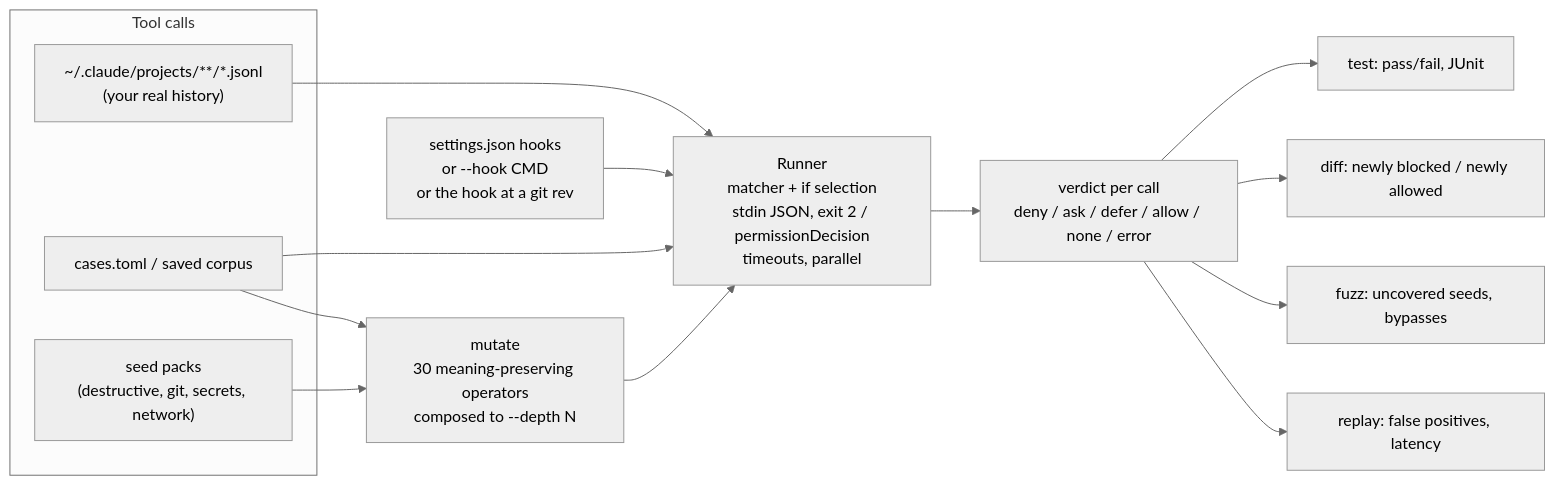
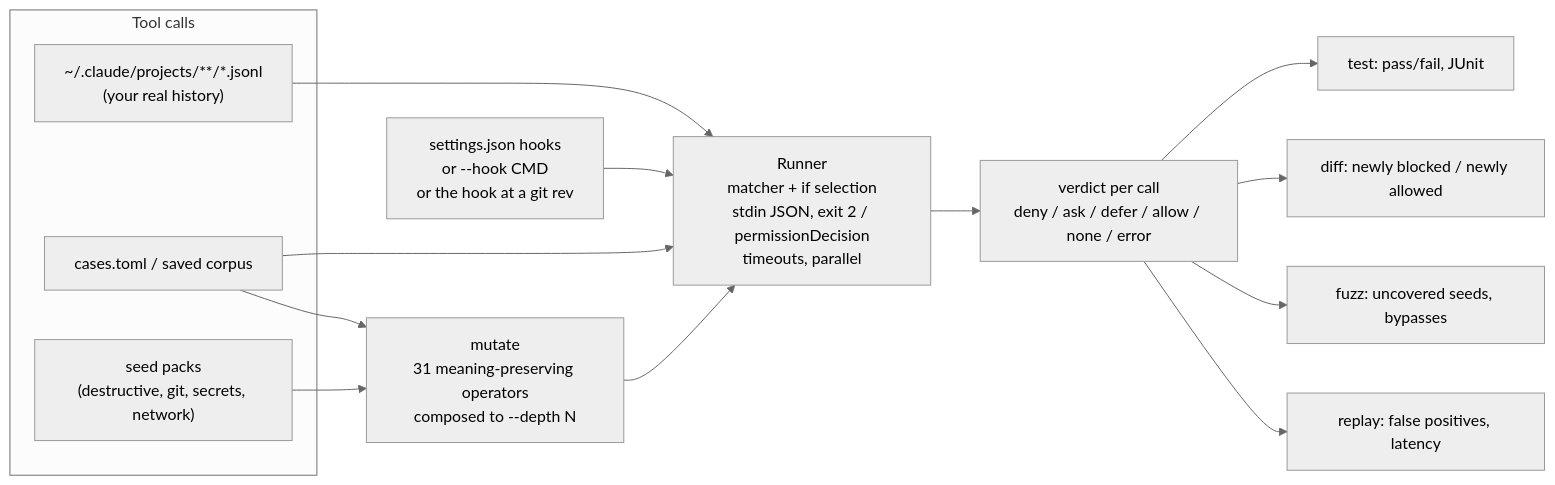
Before and after one commit to Prime-agentai/hook-gauntlet: the diagram in README.md, drawn with Mermaid (neutral theme). The commit also changed other lines of this file and 5 other files, not shown here.

````diff
--- a/README.md
+++ b/README.md
@@ -62,19 +62,19 @@
 ```mermaid
 flowchart LR
   subgraph corpus[Tool calls]
     H["~/.claude/projects/**/*.jsonl<br/>(your real history)"]
     C["cases.toml / saved corpus"]
     P["seed packs<br/>(destructive, git, secrets, network)"]
   end
-  P --> M["mutate<br/>30 meaning-preserving operators<br/>composed to --depth N"]
+  P --> M["mutate<br/>31 meaning-preserving operators<br/>composed to --depth N"]
   C --> M
   H --> R
   C --> R
   M --> R
   S["settings.json hooks<br/>or --hook CMD<br/>or the hook at a git rev"] --> R
   R["Runner<br/>matcher + if selection<br/>stdin JSON, exit 2 / permissionDecision<br/>timeouts, parallel"] --> O["verdict per call<br/>deny / ask / defer / allow / none / error"]
   O --> RP["replay: false positives, latency"]
   O --> FZ["fuzz: uncovered seeds, bypasses"]
   O --> DF["diff: newly blocked / newly allowed"]
   O --> TS["test: pass/fail, JUnit"]
 ```
````
